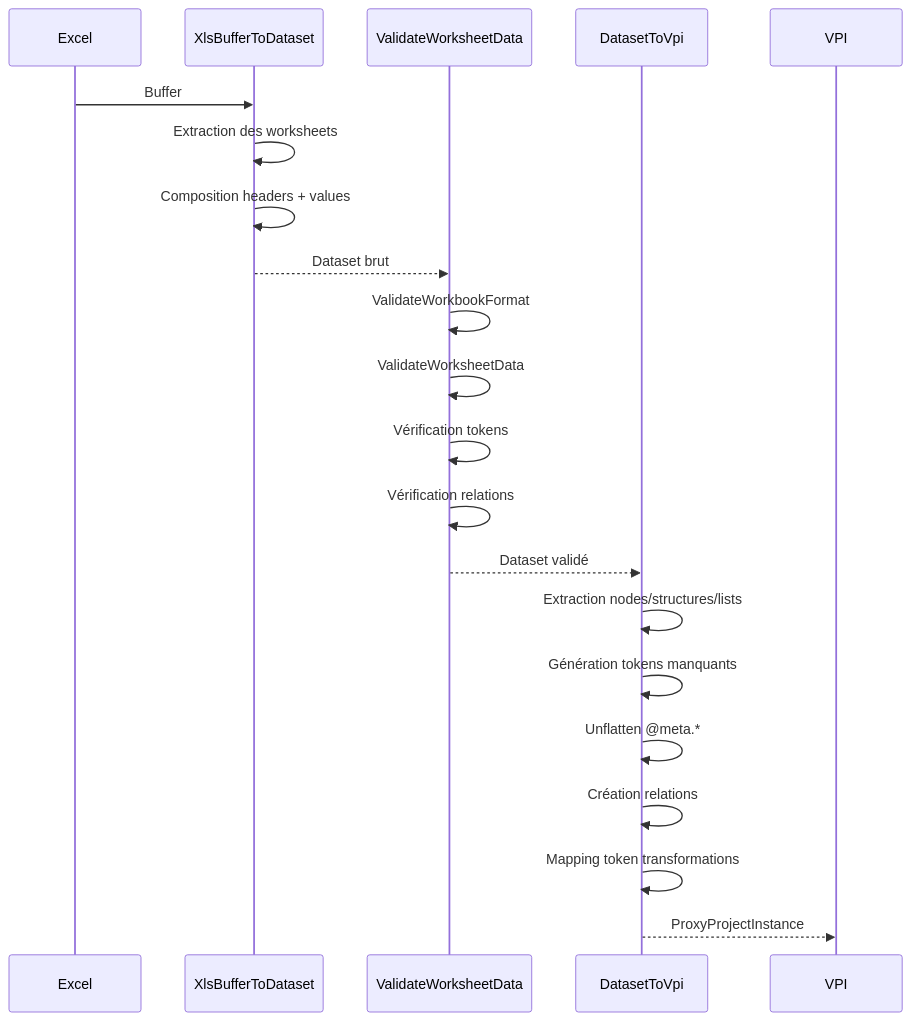
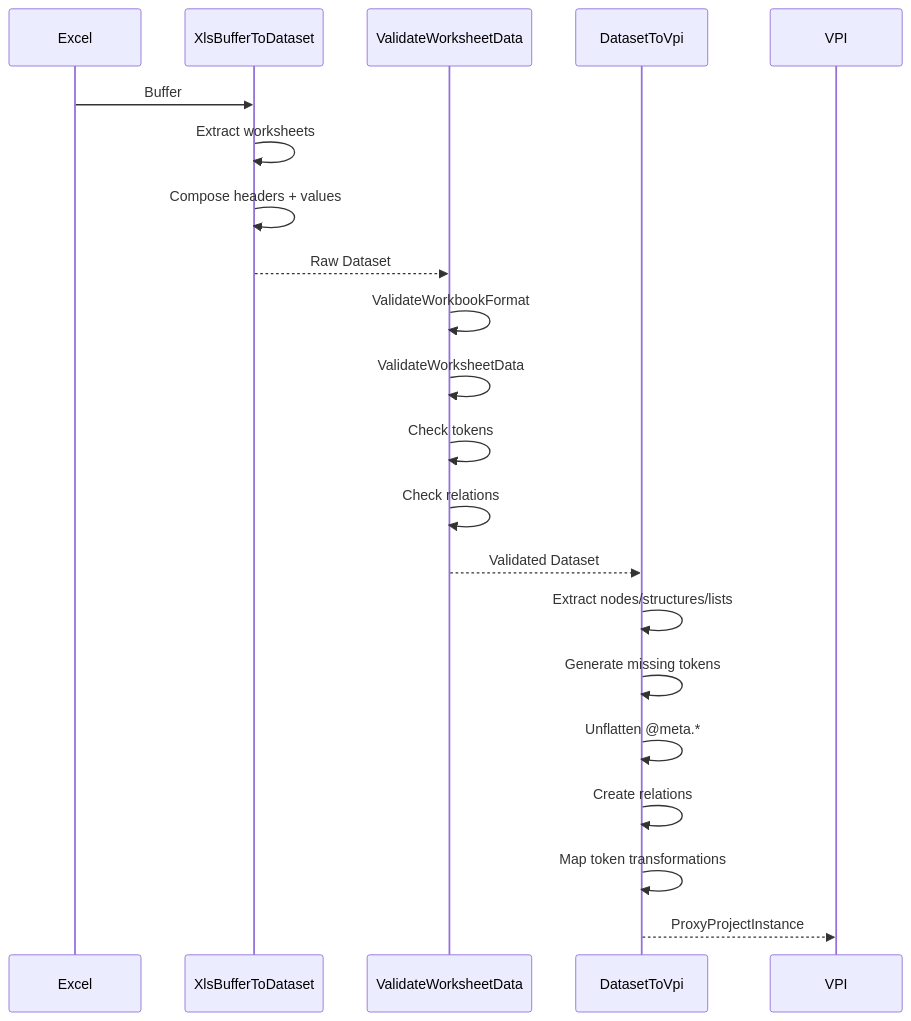
Before and after one commit to infrasoftbe/vnv-doc: the third of 13 diagrams in vnv-doc-content/blog/posts/Validation procedures.md, drawn with Mermaid. The commit also changed other lines of this file and 9 other files, not shown here.

````diff
--- a/vnv-doc-content/blog/posts/Validation procedures.md
+++ b/vnv-doc-content/blog/posts/Validation procedures.md
@@ -132,28 +132,28 @@
 ```mermaid
 sequenceDiagram
     participant Excel
     participant Parser as XlsBufferToDataset
     participant Validator as ValidateWorksheetData
     participant Engine as DatasetToVpi
     participant VPI
 
     Excel->>Parser: Buffer
-    Parser->>Parser: Extraction des worksheets
-    Parser->>Parser: Composition headers + values
-    Parser-->>Validator: Dataset brut
+    Parser->>Parser: Extract worksheets
+    Parser->>Parser: Compose headers + values
+    Parser-->>Validator: Raw Dataset
     
     Validator->>Validator: ValidateWorkbookFormat
     Validator->>Validator: ValidateWorksheetData
-    Validator->>Validator: Vérification tokens
-    Validator->>Validator: Vérification relations
+    Validator->>Validator: Check tokens
+    Validator->>Validator: Check relations
     
-    Validator-->>Engine: Dataset validé
+    Validator-->>Engine: Validated Dataset
     
-    Engine->>Engine: Extraction nodes/structures/lists
-    Engine->>Engine: Génération tokens manquants
+    Engine->>Engine: Extract nodes/structures/lists
+    Engine->>Engine: Generate missing tokens
     Engine->>Engine: Unflatten @meta.*
-    Engine->>Engine: Création relations
-    Engine->>Engine: Mapping token transformations
+    Engine->>Engine: Create relations
+    Engine->>Engine: Map token transformations
     
     Engine-->>VPI: ProxyProjectInstance
 ```
````
